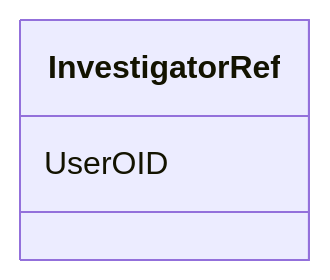
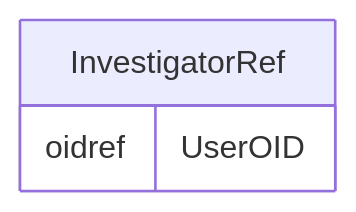
The diagram in docs/InvestigatorRef.md (cdisc-org/DataExchange-ODM-LinkML), drawn with Mermaid before and after one commit. The commit also changed other lines of this file and 181 other files, not shown here.

Commit message:
ER diagrams working via templates and removing names with underscores

````diff
--- a/docs/InvestigatorRef.md
+++ b/docs/InvestigatorRef.md
@@ -14,7 +11,9 @@
 ```mermaid
- classDiagram
-    class InvestigatorRef
-      InvestigatorRef : UserOID
-        
-      
+erDiagram
+InvestigatorRef {
+    oidref UserOID  
+}
+
+
+
 ```
````
